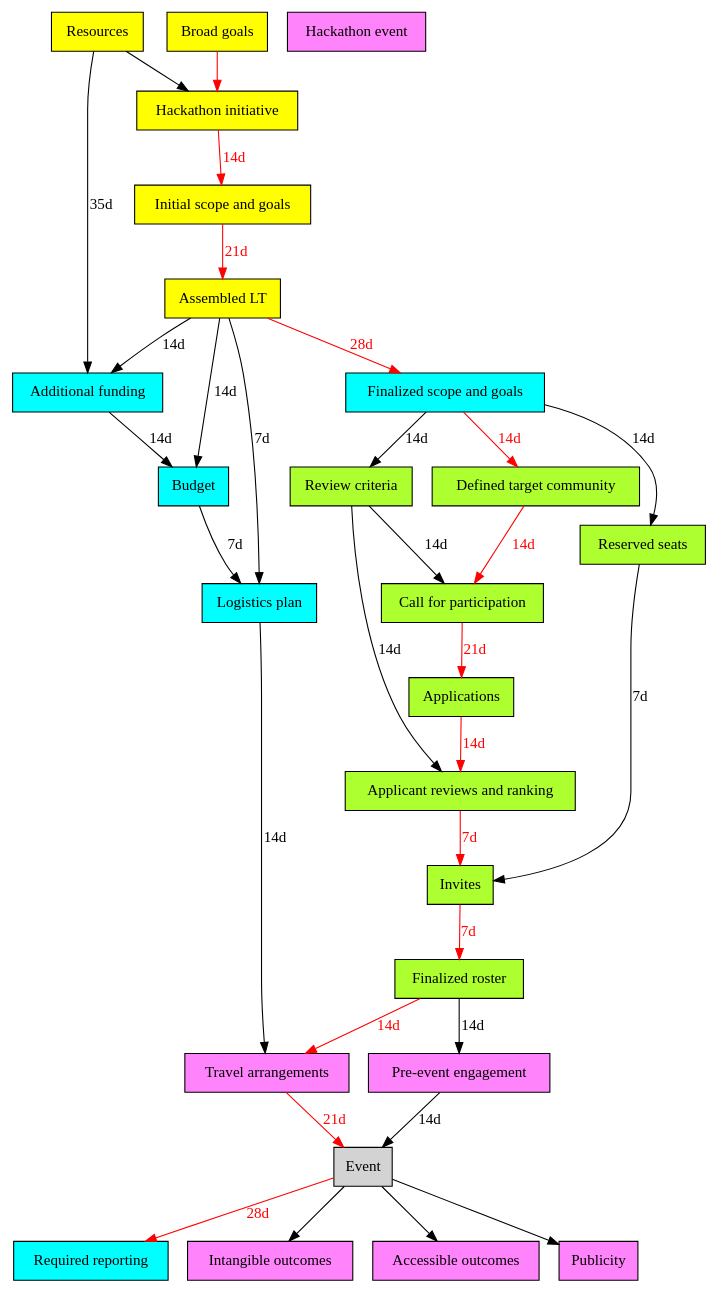
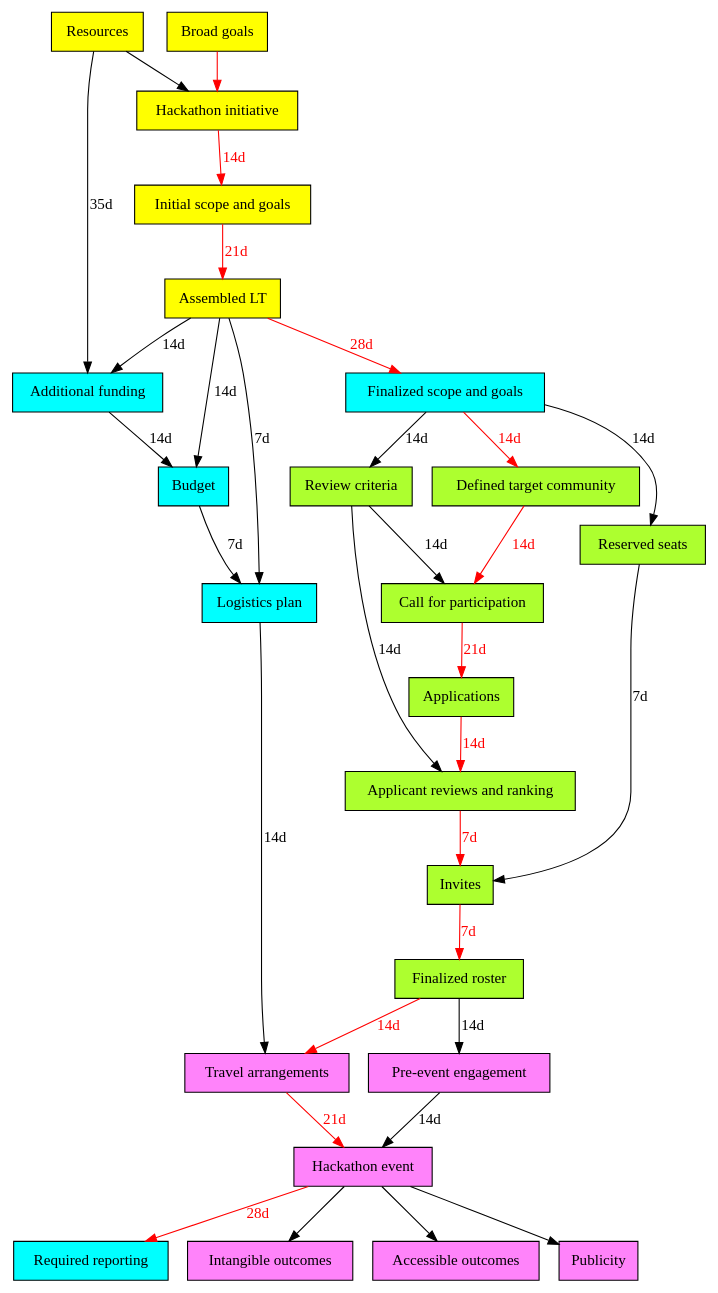
Before and after one commit to NESCent/hip_hack_howto: the diagram in pert_chart/pert_chart.dot, drawn with Graphviz.

Commit message:
completed renaming s/Event/Hackathon event/g

```diff
--- a/pert_chart/pert_chart.dot
+++ b/pert_chart/pert_chart.dot
@@ -1,125 +1,125 @@
 digraph pert {
 	/* This is a Program Evaluation and Review Technique (PERT) chart: 
 	http://en.wikipedia.org/wiki/Program_evaluation_and_review_technique encoded in the
 	"dot" graph drawing language. The graph can be visualized in a number of different 
 	programs, the default being GraphViz (http://www.graphviz.org/). Feel free to edit
 	this file at will. As a TO DO item it might be useful to visually identify sets of
 	tasks and milestones that can be accomplished in parallel by team members between
 	conference calls to get an idea of the number of synchronized interactions and 
 	plenary decision points that are required.		
 	*/
 
 	node [ shape = box, style = filled, fontname = "Verdana" ];
 	edge [ fontname = "Verdana" ];
 	
 	/* The following nodes are assumed to be the responsibility
 	of the "instigators", i.e. the core team that precedes, and
 	results in, a leadership team */
 	subgraph instigators {
 		node [fillcolor = yellow];
 	
 		"Broad goals"; // e.g. the goals of a research project that provides core funding
 		"Resources"; // e.g. funding from a project under whose aegis the event is held
 		"Hackathon initiative"; // the decision taken by instigators to organize a hackathon
 		"Initial scope and goals"; // the scope and goals as perceived by the instigators
 		"Assembled LT"; // a more or less finalized Leadership Team to organize the hackathon
 	}
 	
 	/* The following nodes are assumed to be the responsibility
 	of the leadership team */
 	subgraph leadership_team {
 		node [fillcolor = cyan];
 	
 		"Finalized scope and goals"; // the hackathon scope and goals as perceived by the LT
 		"Additional funding"; // any additionally acquired funding
 		"Budget"; // the budget for the hackathon, potentially covering travel, catering, accommodation and venue
 		"Logistics plan"; // commitment to location, date, venue
 		"Required reporting"; // any reporting that is required by the funders
 	}
 	
 	/* The following nodes are concerned with the recruitment 
 	process. These are actually also the responsibility of the LT,
 	but they are marked up differently to make this process stand out */
 	subgraph recruitment {
 		node [fillcolor = greenyellow];
 
 		"Reserved seats"; // a list of domain experts the LT want to invite
 		"Defined target community"; // a list of potential participant types
 		"Review criteria"; // set of criteria by which applicants are reviewed and ranked
 		"Call for participation"; // a widely-circulated invitation to apply for participation
 		"Applications"; // a set of completed applications, e.g. forms / email responses
 		"Applicant reviews and ranking"; // reviews and ensuing ranking of applicants
 		"Invites"; // invitations to domain experts and positively-reviewed applicants
 		"Finalized roster"; // the final list of participants
 	}
 	
 	/* The following nodes are the responsibility of all involved:
 	the LT and the participants */
 	subgraph everyone {
 		node [fillcolor = orchid1];
 	
 		"Pre-event engagement"; // online interactions to refine scope and goals, and expectation management
 		"Travel arrangements"; // participant travel and accommodation 
 		"Hackathon event"; // the hackathon itself
 		"Intangible outcomes"; // e.g. strengthened community, broader impacts
 		"Accessible outcomes"; // e.g. publications, proposals, code
 		"Publicity"; // e.g. social media, newsletters, hackathon proceedings
 	}
 	
 	/* Edges are all annotated with	a naive estimate of the number of days it would
 	take to accomplish the target milestone given the successful completion of the source
 	milestone(s). Most milestones are assumed to be accomplished by an experienced
 	leadership team with past experiences and artefacts to draw from. The turnaround time
 	between many of these milestones is therefore now penciled in as two weeks or less 
 	(e.g. the time between conference calls, the time to get a reply to an email). Tasks 
 	that include interactions with others, such as funders, inexperienced participants, 
 	travel agents and so on are assumed to take longer.
 	*/	
 	
 	/* The following edges are assumed to constitute the "critical 
 	path". As a TODO item, a specification of the time needed to achieve
 	each milestone in this graph would allow us to compute the actual
 	critical path and validate the following, subjective, assignments
 	to the critical path */
 	edge [color = red fontcolor = red];
 	
 	"Broad goals" -> "Hackathon initiative"; // starting condition
 	"Hackathon initiative" -> "Initial scope and goals" [ label = "14d" ];
 	"Initial scope and goals" -> "Assembled LT" [ label = "21d" ]; // await multiple responses
 	"Assembled LT" -> "Finalized scope and goals" [ label = "28d" ]; // iterative debate
 	"Finalized scope and goals" -> "Defined target community" [ label = "14d" ];
 	"Defined target community" -> "Call for participation" [ label = "14d" ];
 	"Call for participation" -> "Applications" [ label = "21d" ]; // await multiple responses
 	"Applications" -> "Applicant reviews and ranking" [ label = "14d" ];
 	"Applicant reviews and ranking" -> "Invites" [ label = "7d" ];
 	"Invites" -> "Finalized roster" [ label = "7d" ];
 	"Finalized roster" -> "Travel arrangements" [ label = "14d" ];
-	"Travel arrangements" -> "Event" [ label = "21d" ]; // communicate with travel agents
-	"Event" -> "Required reporting" [ label = "28d" ]; // probably less time sensitive
+	"Travel arrangements" -> "Hackathon event" [ label = "21d" ]; // communicate with travel agents
+	"Hackathon event" -> "Required reporting" [ label = "28d" ]; // probably less time sensitive
 	
 	/* These edges do not belong to the critical path. This doesn't mean
 	they're somehow less important, just that they don't participate in the
 	longest dependency chain. */
 	edge [color = black fontcolor = black];
 	
 	"Resources" -> "Hackathon initiative"; // starting condition
 	"Resources" -> "Additional funding" [ label = "35d" ]; // await multiple responses
 	"Additional funding" -> "Budget" [ label = "14d" ];
 	"Budget" -> "Logistics plan" [ label = "7d" ];
 	"Logistics plan" -> "Travel arrangements" [ label = "14d" ];
 	"Finalized scope and goals" -> "Reserved seats" [ label = "14d" ];
 	"Finalized scope and goals" -> "Review criteria" [ label = "14d" ];
 	"Review criteria" -> "Applicant reviews and ranking" [ label = "14d" ];	
 	"Review criteria" -> "Call for participation" [ label = "14d" ];
 	"Reserved seats" -> "Invites" [ label = "7d" ];
 	"Finalized roster" -> "Pre-event engagement" [ label = "14d" ];
-	"Pre-event engagement" -> "Event" [ label = "14d" ];
+	"Pre-event engagement" -> "Hackathon event" [ label = "14d" ];
 	"Assembled LT" -> "Additional funding" [ label = "14d" ];
 	"Assembled LT" -> "Budget" [ label = "14d" ];
 	"Assembled LT" -> "Logistics plan" [ label = "7d" ];
 	
 	// no real deadline on the below. 
-	"Event" -> "Intangible outcomes";
-	"Event" -> "Accessible outcomes";
-	"Event" -> "Publicity";	
+	"Hackathon event" -> "Intangible outcomes";
+	"Hackathon event" -> "Accessible outcomes";
+	"Hackathon event" -> "Publicity";	
 }
```
